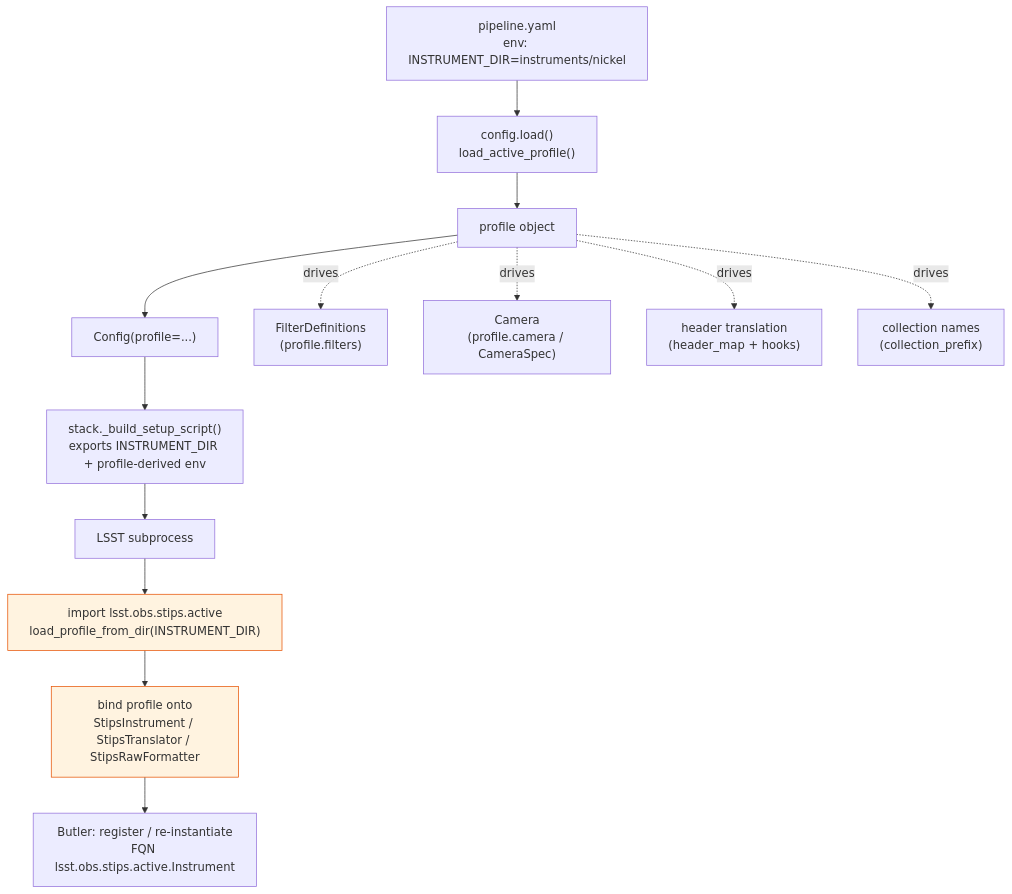
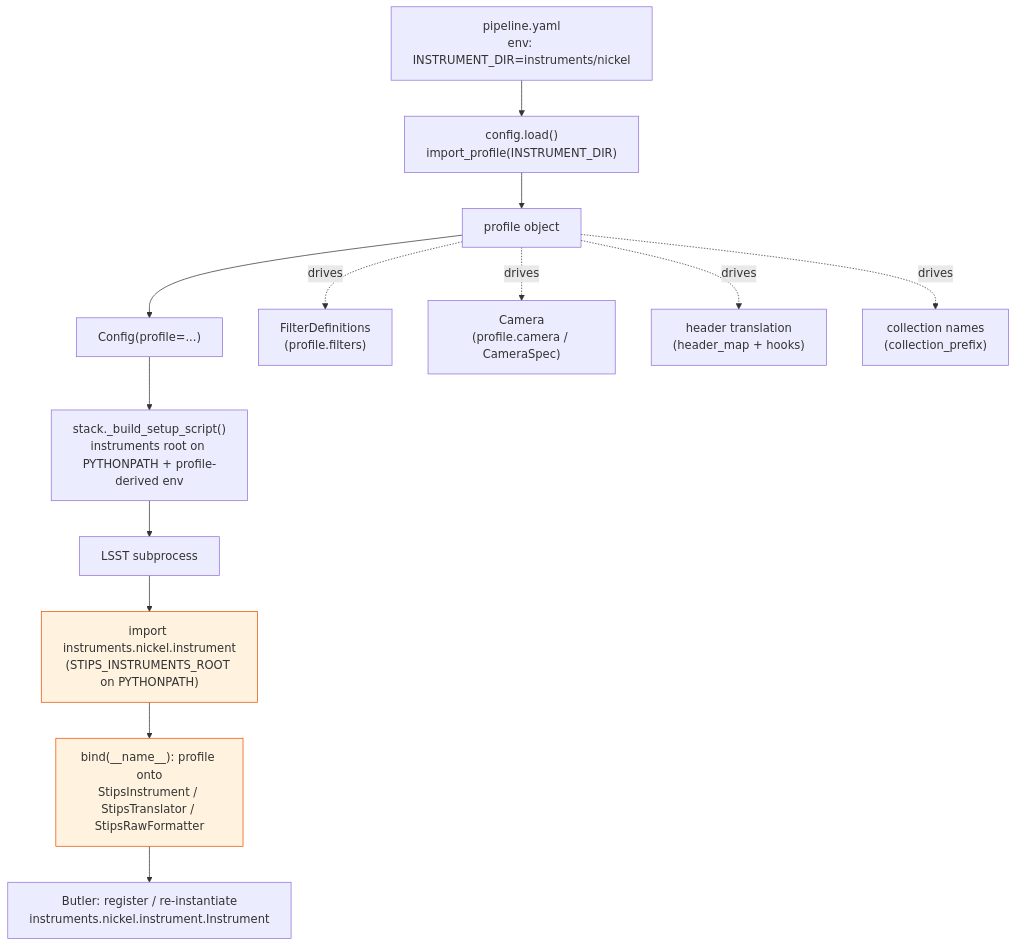
Before and after one commit to dangause/stips: the ninth of 9 diagrams in docs/obs-abstraction.md, drawn with Mermaid. The commit also changed other lines of this file and 9 other files, not shown here.

Commit message:
docs: instrument identity by directory name, binning in the profile, migration note

````diff
--- a/docs/obs-abstraction.md
+++ b/docs/obs-abstraction.md
@@ -394,20 +377,20 @@
 ```mermaid
 flowchart TB
     yaml["pipeline.yaml<br/>env: INSTRUMENT_DIR=instruments/nickel"] --> load
-    load["config.load()<br/>load_active_profile()"] --> prof["profile object"]
+    load["config.load()<br/>import_profile(INSTRUMENT_DIR)"] --> prof["profile object"]
     prof --> cfg["Config(profile=...)"]
-    cfg --> stack["stack._build_setup_script()<br/>exports INSTRUMENT_DIR + profile-derived env"]
+    cfg --> stack["stack._build_setup_script()<br/>instruments root on PYTHONPATH + profile-derived env"]
     stack --> sub["LSST subprocess"]
 
-    sub --> active["import lsst.obs.stips.active<br/>load_profile_from_dir(INSTRUMENT_DIR)"]
-    active --> bind["bind profile onto<br/>StipsInstrument / StipsTranslator / StipsRawFormatter"]
-    bind --> butler["Butler: register / re-instantiate<br/>FQN lsst.obs.stips.active.Instrument"]
+    sub --> active["import instruments.nickel.instrument<br/>(STIPS_INSTRUMENTS_ROOT on PYTHONPATH)"]
+    active --> bind["bind(__name__): profile onto<br/>StipsInstrument / StipsTranslator / StipsRawFormatter"]
+    bind --> butler["Butler: register / re-instantiate<br/>instruments.nickel.instrument.Instrument"]
 
     prof -. drives .-> filters["FilterDefinitions<br/>(profile.filters)"]
     prof -. drives .-> cam["Camera<br/>(profile.camera / CameraSpec)"]
     prof -. drives .-> trans["header translation<br/>(header_map + hooks)"]
     prof -. drives .-> coll["collection names<br/>(collection_prefix)"]
 
     classDef k fill:#fff3e0,stroke:#e65100;
     class active,bind k;
 ```
````
